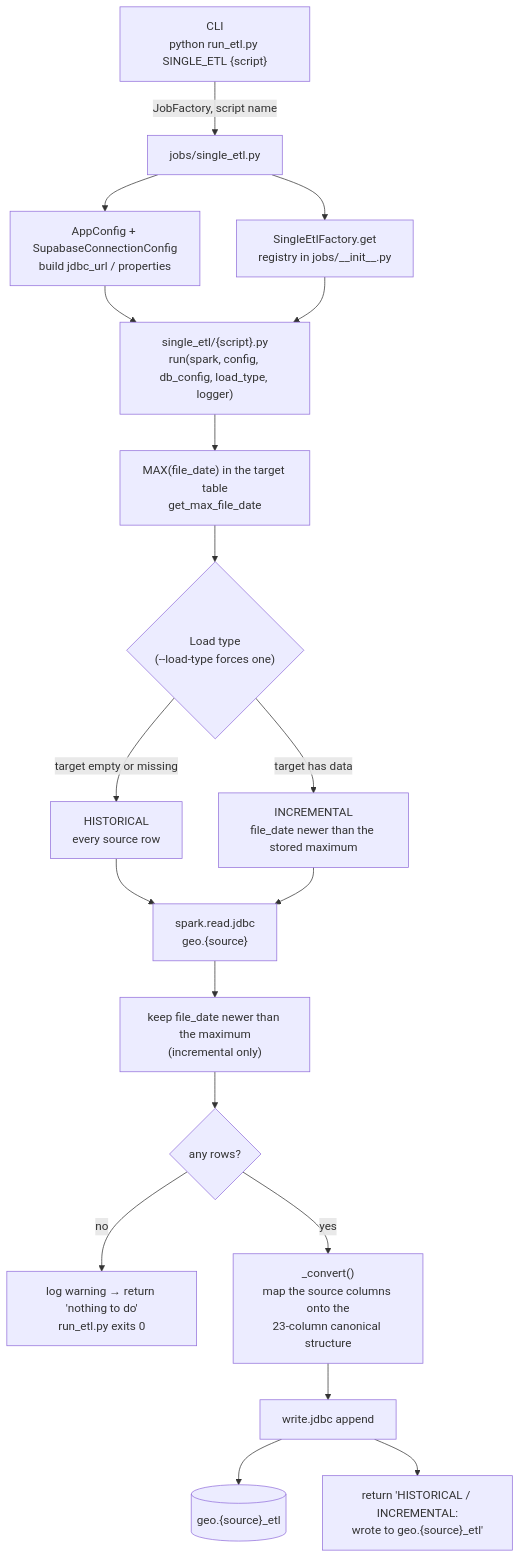
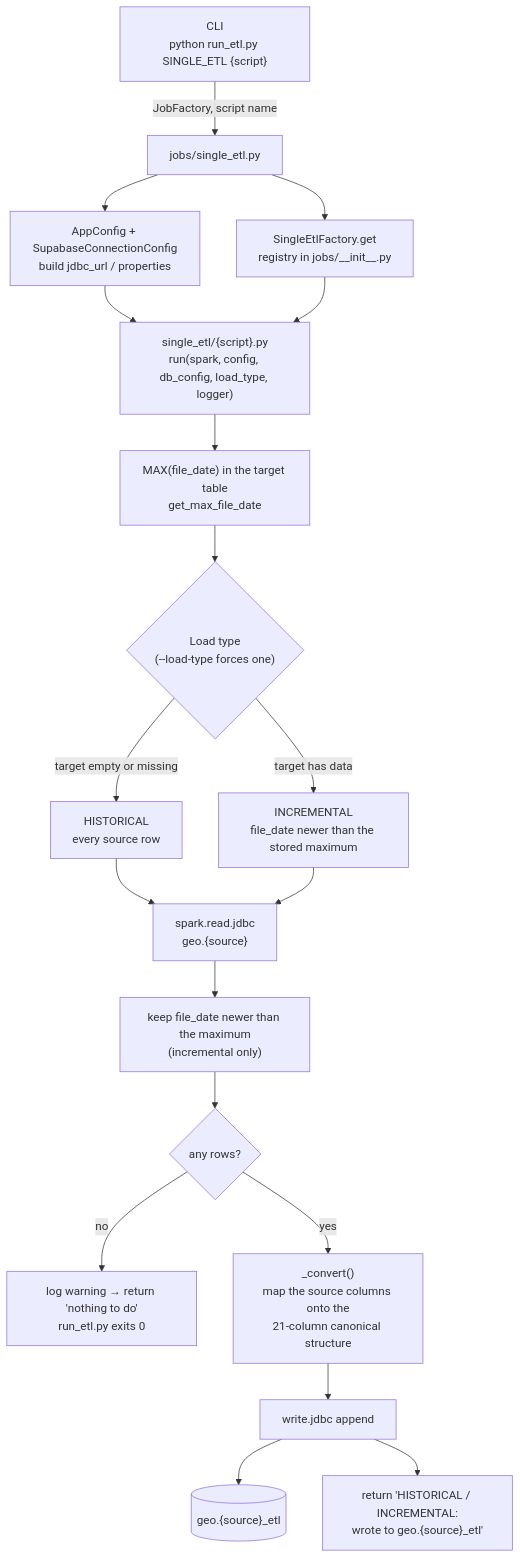
One commit to kaluzny1995/GEO_ETL changed the diagram in docs/etl_jobs/single-etl.md. Above: the diagram before and after it, drawn with Mermaid. The commit also changed other lines of this file and 39 other files, not shown here.

````diff
--- a/docs/etl_jobs/single-etl.md
+++ b/docs/etl_jobs/single-etl.md
@@ -7,21 +7,21 @@
 ```mermaid
 flowchart TD
     CLI["CLI<br/>python run_etl.py SINGLE_ETL {script}"] -->|JobFactory, script name| JOB["jobs/single_etl.py"]
     JOB --> CFG["AppConfig + SupabaseConnectionConfig<br/>build jdbc_url / properties"]
     JOB --> FACT["SingleEtlFactory.get<br/>registry in jobs/__init__.py"]
     CFG --> SCRIPT["single_etl/{script}.py<br/>run(spark, config, db_config, load_type, logger)"]
     FACT --> SCRIPT
     SCRIPT --> MAX["MAX(file_date) in the target table<br/>get_max_file_date"]
     MAX --> LT{"Load type<br/>(--load-type forces one)"}
     LT -->|"target empty or missing"| H["HISTORICAL<br/>every source row"]
     LT -->|"target has data"| I["INCREMENTAL<br/>file_date newer than the stored maximum"]
     H --> READ["spark.read.jdbc<br/>geo.{source}"]
     I --> READ
     READ --> FILTER["keep file_date newer than the maximum<br/>(incremental only)"]
     FILTER --> EMPTY{"any rows?"}
     EMPTY -->|"no"| SKIP["log warning → return 'nothing to do'<br/>run_etl.py exits 0"]
-    EMPTY -->|"yes"| CV["_convert()<br/>map the source columns onto the<br/>23-column canonical structure"]
+    EMPTY -->|"yes"| CV["_convert()<br/>map the source columns onto the<br/>21-column canonical structure"]
     CV --> WRITE["write.jdbc append"]
     WRITE --> DB[("geo.{source}_etl")]
     WRITE --> OK["return 'HISTORICAL / INCREMENTAL:<br/>wrote to geo.{source}_etl'"]
 ```
````
